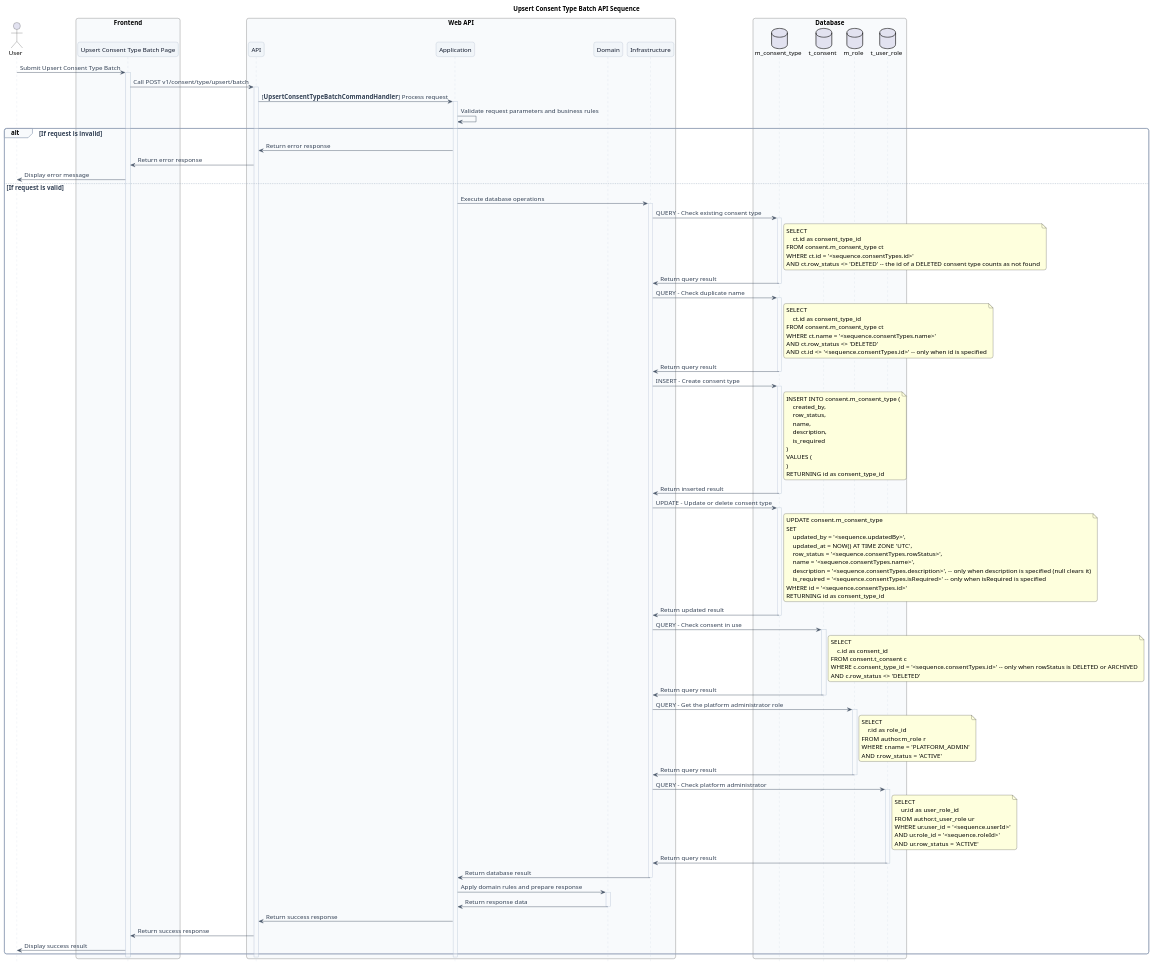
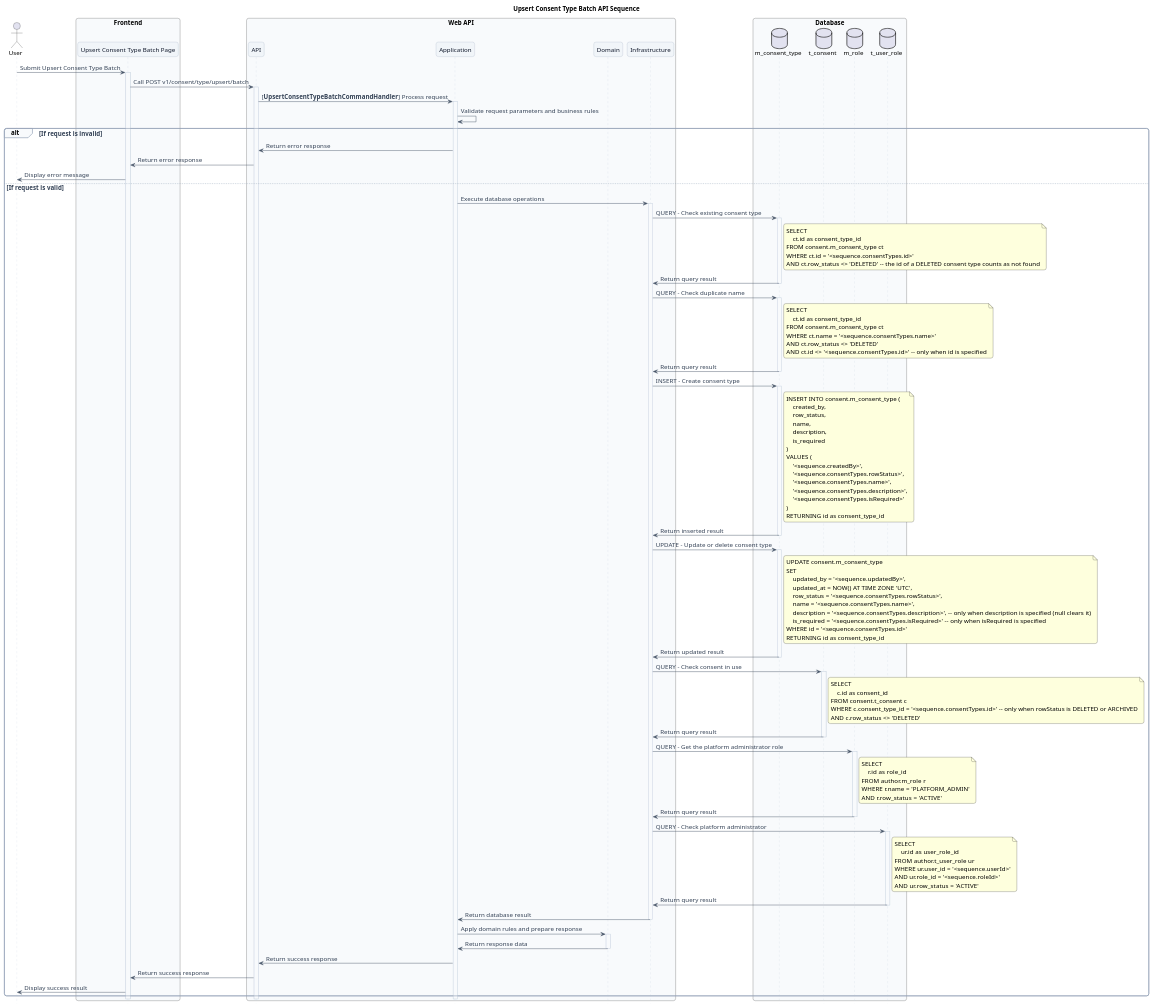
The diagram in e-commerce/doc/api/consent/07-upsert-consent-type-batch/sequence.wsd (ittikornsopawan/system-analysis-and-design), drawn with PlantUML before and after one commit. The commit also changed 4 other files, not shown here.

```diff
--- a/e-commerce/doc/api/consent/07-upsert-consent-type-batch/sequence.wsd
+++ b/e-commerce/doc/api/consent/07-upsert-consent-type-batch/sequence.wsd
@@ -1,180 +1,180 @@
 @startuml UpsertConsentTypeBatch Sequence
 
 title Upsert Consent Type Batch API Sequence
 
 ' Visual style
 skinparam defaultFontName "Sarabun"
 skinparam defaultFontSize 14
 skinparam backgroundColor #FFFFFF
 skinparam shadowing false
 skinparam roundcorner 10
 skinparam sequence {
     ArrowColor #475569
     ArrowFontColor #334155
     LifeLineBorderColor #CBD5E1
     LifeLineBackgroundColor #F8FAFC
     ParticipantBorderColor #94A3B8
     ParticipantBackgroundColor #F1F5F9
     ParticipantFontColor #0F172A
     GroupBorderColor #94A3B8
     GroupBackgroundColor #F8FAFC
     GroupFontColor #334155
 }
 
 ' Do not show participant footers at the bottom of the diagram
 hide footbox
 
 
 actor "User" as user
 
 box "Frontend" #F8FAFC
     participant "Upsert Consent Type Batch Page" as page
 end box
 
 box "Web API" #F8FAFC
     participant "API" as api
     participant "Application" as app
     participant "Domain" as domain
     participant "Infrastructure" as infra
 end box
 
 box "Database" #F8FAFC
     database "m_consent_type" as m_consent_type
     database "t_consent" as t_consent
     database "m_role" as m_role
     database "t_user_role" as t_user_role
 end box
 
 user -> page: Submit Upsert Consent Type Batch
 
 activate page
     page -> api: Call POST v1/consent/type/upsert/batch
     activate api
         api -> app: [**UpsertConsentTypeBatchCommandHandler**] Process request
         activate app
             app -> app: Validate request parameters and business rules
             alt If request is invalid
                 app -> api: Return error response
                 api -> page: Return error response
                 page -> user: Display error message
             else If request is valid
                 app -> infra: Execute database operations
                 activate infra
                     infra -> m_consent_type: QUERY - Check existing consent type
                     activate m_consent_type
                         note right of m_consent_type
                             SELECT
                                 ct.id as consent_type_id
                             FROM consent.m_consent_type ct
                             WHERE ct.id = '<sequence.consentTypes.id>'
                             AND ct.row_status <> 'DELETED' -- the id of a DELETED consent type counts as not found
                         end note
                         m_consent_type -> infra: Return query result
                     deactivate m_consent_type
 
                     infra -> m_consent_type: QUERY - Check duplicate name
                     activate m_consent_type
                         note right of m_consent_type
                             SELECT
                                 ct.id as consent_type_id
                             FROM consent.m_consent_type ct
                             WHERE ct.name = '<sequence.consentTypes.name>'
                             AND ct.row_status <> 'DELETED'
                             AND ct.id <> '<sequence.consentTypes.id>' -- only when id is specified
                         end note
                         m_consent_type -> infra: Return query result
                     deactivate m_consent_type
 
                     infra -> m_consent_type: INSERT - Create consent type
                     activate m_consent_type
                         note right of m_consent_type
                             INSERT INTO consent.m_consent_type (
                                 created_by,
                                 row_status,
                                 name,
                                 description,
                                 is_required
                             )
                             VALUES (
-                                '<sequence.createdBy>',
-                                '<sequence.consentTypes.rowStatus>',
-                                '<sequence.consentTypes.name>',
-                                '<sequence.consentTypes.description>',
-                                '<sequence.consentTypes.isRequired>'
+                                &#39;<sequence.createdBy>',
+                                &#39;<sequence.consentTypes.rowStatus>',
+                                &#39;<sequence.consentTypes.name>',
+                                &#39;<sequence.consentTypes.description>',
+                                &#39;<sequence.consentTypes.isRequired>'
                             )
                             RETURNING id as consent_type_id
                         end note
                         m_consent_type -> infra: Return inserted result
                     deactivate m_consent_type
 
                     infra -> m_consent_type: UPDATE - Update or delete consent type
                     activate m_consent_type
                         note right of m_consent_type
                             UPDATE consent.m_consent_type
                             SET
                                 updated_by = '<sequence.updatedBy>',
                                 updated_at = NOW() AT TIME ZONE 'UTC',
                                 row_status = '<sequence.consentTypes.rowStatus>',
                                 name = '<sequence.consentTypes.name>',
                                 description = '<sequence.consentTypes.description>', -- only when description is specified (null clears it)
                                 is_required = '<sequence.consentTypes.isRequired>' -- only when isRequired is specified
                             WHERE id = '<sequence.consentTypes.id>'
                             RETURNING id as consent_type_id
                         end note
                         m_consent_type -> infra: Return updated result
                     deactivate m_consent_type
 
                     infra -> t_consent: QUERY - Check consent in use
                     activate t_consent
                         note right of t_consent
                             SELECT
                                 c.id as consent_id
                             FROM consent.t_consent c
                             WHERE c.consent_type_id = '<sequence.consentTypes.id>' -- only when rowStatus is DELETED or ARCHIVED
                             AND c.row_status <> 'DELETED'
                         end note
                         t_consent -> infra: Return query result
                     deactivate t_consent
 
                     infra -> m_role: QUERY - Get the platform administrator role
                     activate m_role
                         note right of m_role
                             SELECT
                                 r.id as role_id
                             FROM author.m_role r
                             WHERE r.name = 'PLATFORM_ADMIN'
                             AND r.row_status = 'ACTIVE'
                         end note
                         m_role -> infra: Return query result
                     deactivate m_role
 
                     infra -> t_user_role: QUERY - Check platform administrator
                     activate t_user_role
                         note right of t_user_role
                             SELECT
                                 ur.id as user_role_id
                             FROM author.t_user_role ur
                             WHERE ur.user_id = '<sequence.userId>'
                             AND ur.role_id = '<sequence.roleId>'
                             AND ur.row_status = 'ACTIVE'
                         end note
                         t_user_role -> infra: Return query result
                     deactivate t_user_role
 
                     infra -> app: Return database result
                 deactivate infra
 
                 app -> domain: Apply domain rules and prepare response
                 activate domain
                     domain -> app: Return response data
                 deactivate domain
 
                 app -> api: Return success response
                 api -> page: Return success response
                 page -> user: Display success result
             end alt
         deactivate app
     deactivate api
 deactivate page
 
 @enduml
```
